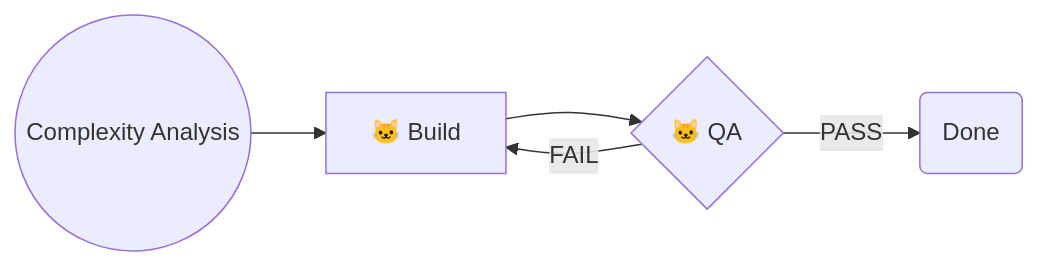
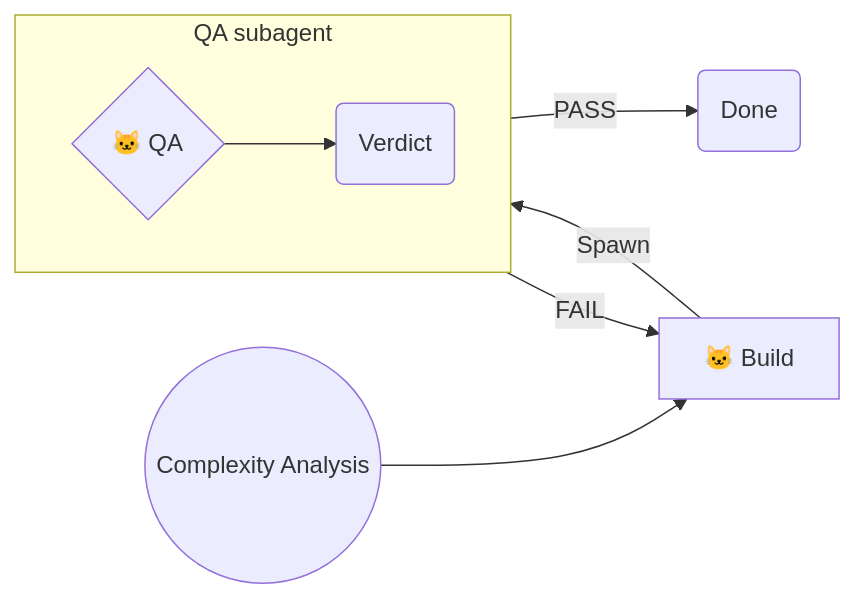
The diagram in .cursor/skills/shared/niko/references/level1/level1-workflow.md (Texarkanine/devblog), drawn with Mermaid before and after one commit. The commit also changed other lines of this file and 15 other files, not shown here.

````diff
--- a/.cursor/skills/shared/niko/references/level1/level1-workflow.md
+++ b/.cursor/skills/shared/niko/references/level1/level1-workflow.md
@@ -9,7 +9,11 @@
 ```mermaid
 graph LR
     Start(("Complexity Analysis")) --> NikoBuild["🐱 Build"]
-    NikoBuild --> NikoQA{"🐱 QA"}
-    NikoQA -->|"PASS"| Done("Done")
-    NikoQA -->|"FAIL"| NikoBuild
+    NikoBuild --Spawn--> NikoQA
+    subgraph QASubagent["QA subagent"]
+        direction LR
+        NikoQA{"🐱 QA"} --> QAVerdict("Verdict")
+    end
+    QAVerdict -->|"PASS"| Done("Done")
+    QAVerdict -->|"FAIL"| NikoBuild
 ```
````
